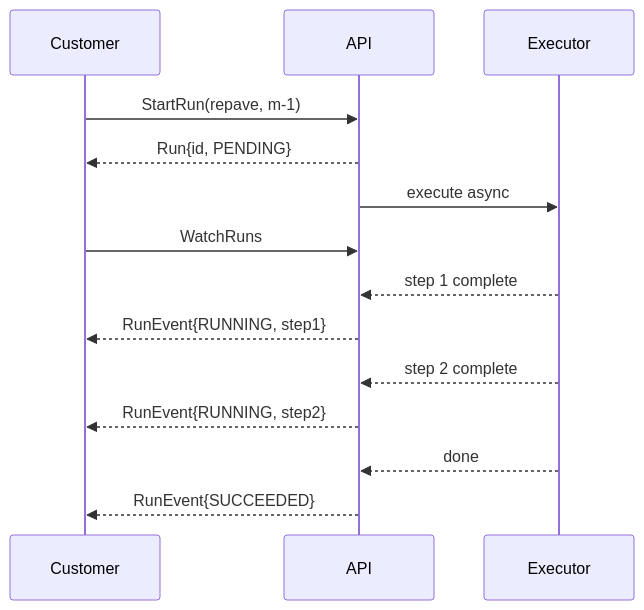
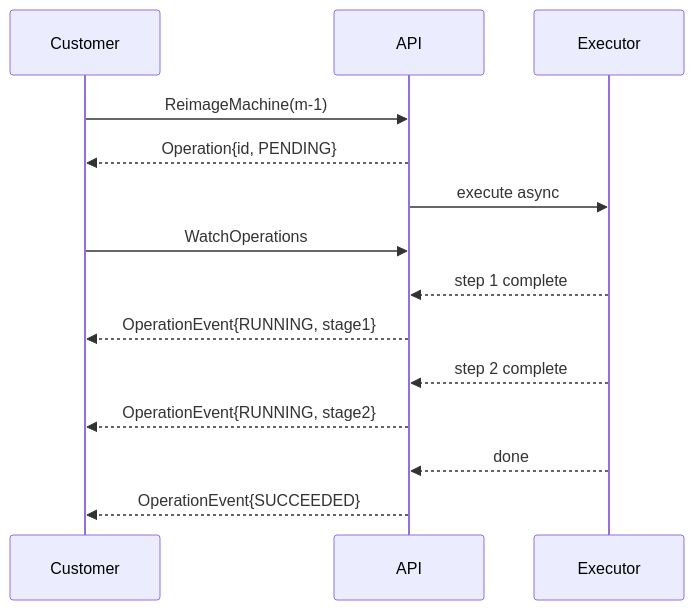
The second of 4 diagrams in docs/baremetal-api-v1.md (vpatelsj/stargate), drawn with Mermaid before and after one commit. The commit also changed other lines of this file and 7 other files, not shown here.

````diff
--- a/docs/baremetal-api-v1.md
+++ b/docs/baremetal-api-v1.md
@@ -208,17 +144,17 @@
 ```mermaid
 sequenceDiagram
     participant C as Customer
     participant A as API
     participant E as Executor
 
-    C->>A: StartRun(repave, m-1)
-    A-->>C: Run{id, PENDING}
+    C->>A: ReimageMachine(m-1)
+    A-->>C: Operation{id, PENDING}
     A->>E: execute async
-    C->>A: WatchRuns
+    C->>A: WatchOperations
     E-->>A: step 1 complete
-    A-->>C: RunEvent{RUNNING, step1}
+    A-->>C: OperationEvent{RUNNING, stage1}
     E-->>A: step 2 complete
-    A-->>C: RunEvent{RUNNING, step2}
+    A-->>C: OperationEvent{RUNNING, stage2}
     E-->>A: done
-    A-->>C: RunEvent{SUCCEEDED}
+    A-->>C: OperationEvent{SUCCEEDED}
 ```
````
